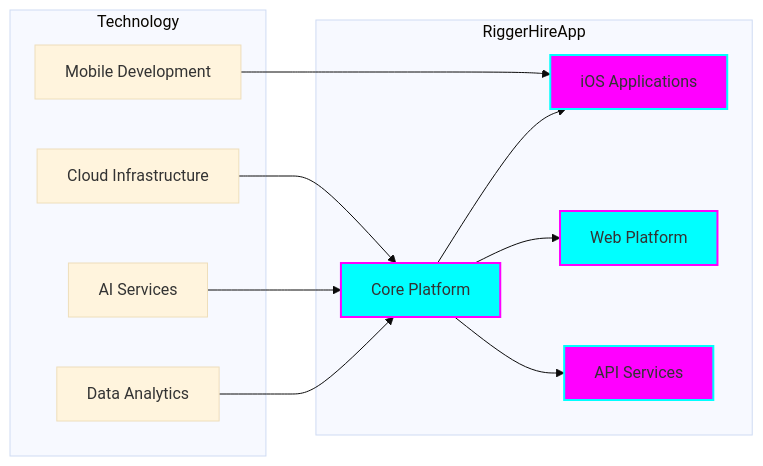
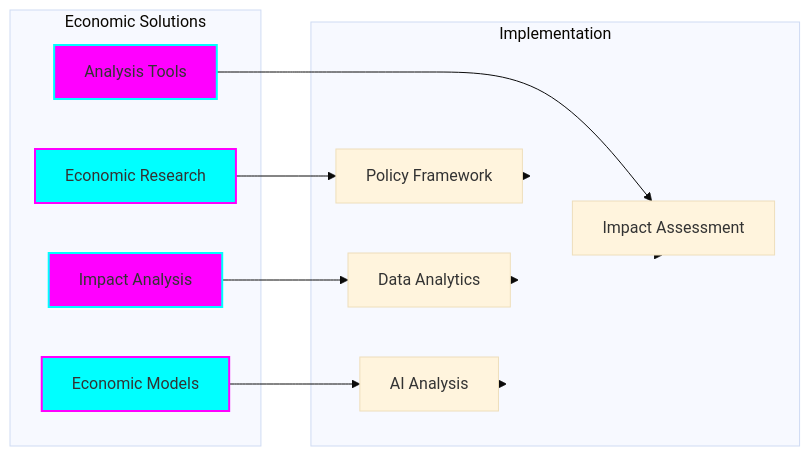
The third of 5 diagrams in docs/organization/README.md (tiation/TiaAstor), drawn with Mermaid (base theme) before and after one commit. The commit also changed other lines of this file and 2 other files, not shown here.

Commit message:
Add mission and economic reform documentation

````diff
--- a/docs/organization/README.md
+++ b/docs/organization/README.md
@@ -32,30 +77,31 @@
 ```mermaid
 graph LR
-    subgraph RiggerHireApp
-        Platform[Core Platform]
-        iOS[iOS Applications]
-        Web[Web Platform]
-        API[API Services]
+    subgraph Economic Solutions
+        Research[Economic Research]
+        Analysis[Impact Analysis]
+        Models[Economic Models]
+        Tools[Analysis Tools]
     end
 
-    subgraph Technology
-        Mobile[Mobile Development]
-        Cloud[Cloud Infrastructure]
-        AI[AI Services]
+    subgraph Implementation
+        Policy[Policy Framework]
         Data[Data Analytics]
+        AI[AI Analysis]
+        Impact[Impact Assessment]
     end
 
-    Platform --> iOS
-    Platform --> Web
-    Platform --> API
-    
-    Mobile --> iOS
-    Cloud --> Platform
-    AI --> Platform
-    Data --> Platform
+    Research --> Policy
+    Analysis --> Data
+    Models --> AI
+    Tools --> Impact
 
-    style Platform fill:#00ffff,stroke:#ff00ff,stroke-width:2px
-    style iOS fill:#ff00ff,stroke:#00ffff,stroke-width:2px
-    style Web fill:#00ffff,stroke:#ff00ff,stroke-width:2px
-    style API fill:#ff00ff,stroke:#00ffff,stroke-width:2px
+    Policy --> Implementation
+    Data --> Implementation
+    AI --> Implementation
+    Impact --> Implementation
+
+    style Research fill:#00ffff,stroke:#ff00ff,stroke-width:2px
+    style Analysis fill:#ff00ff,stroke:#00ffff,stroke-width:2px
+    style Models fill:#00ffff,stroke:#ff00ff,stroke-width:2px
+    style Tools fill:#ff00ff,stroke:#00ffff,stroke-width:2px
 ```
````
